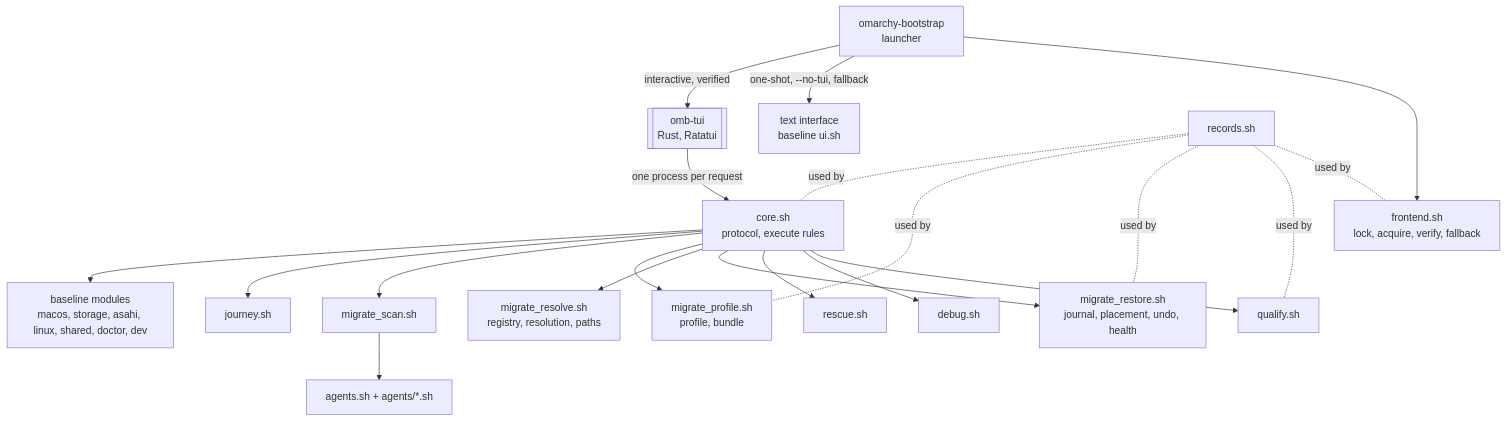
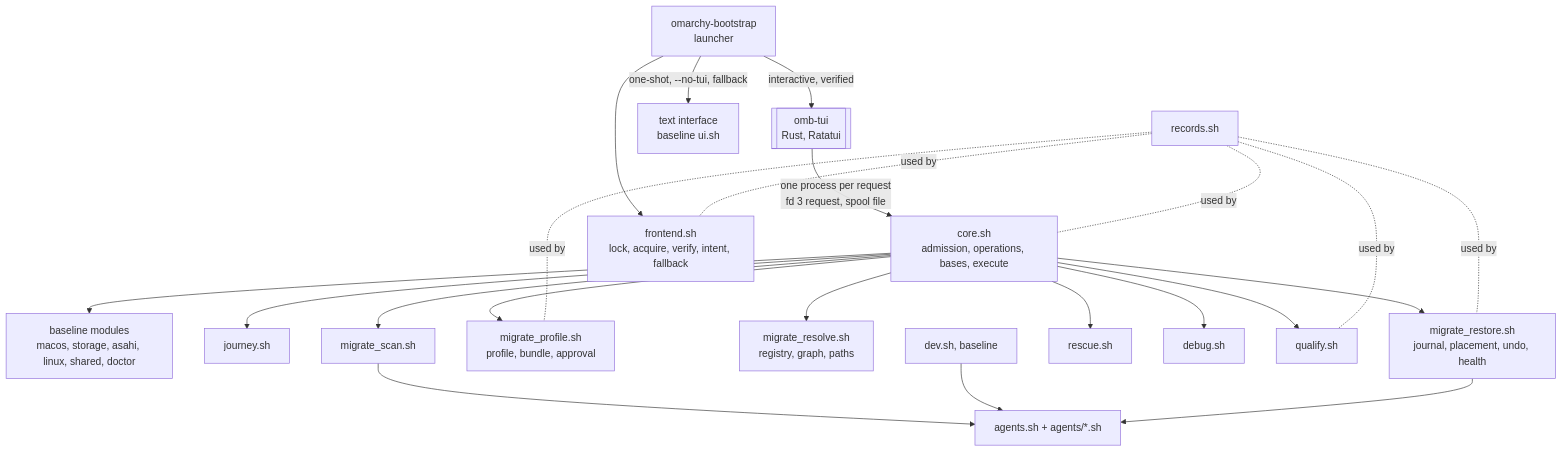
The second of 2 diagrams in docs/ARCHITECTURE.md (scalinity/omarchy-mac-bootstrap), drawn with Mermaid before and after one commit. The commit also changed other lines of this file and 7 other files, not shown here.

````diff
--- a/docs/ARCHITECTURE.md
+++ b/docs/ARCHITECTURE.md
@@ -146,17 +147,19 @@
 ```mermaid
 flowchart TD
     E[omarchy-bootstrap<br/>launcher] -->|interactive, verified| FE[[omb-tui<br/>Rust, Ratatui]]
     E -->|one-shot, --no-tui, fallback| T[text interface<br/>baseline ui.sh]
-    FE -->|one process per request| CO[core.sh<br/>protocol, execute rules]
-    CO --> B[baseline modules<br/>macos, storage, asahi, linux, shared, doctor, dev]
+    FE -->|one process per request<br/>fd 3 request, spool file| CO[core.sh<br/>admission, operations, bases, execute]
+    CO --> B[baseline modules<br/>macos, storage, asahi, linux, shared, doctor]
     CO --> J[journey.sh]
     CO --> MS[migrate_scan.sh] --> AG[agents.sh + agents/*.sh]
-    CO --> MP[migrate_profile.sh<br/>profile, bundle]
-    CO --> MR[migrate_resolve.sh<br/>registry, resolution, paths]
+    CO --> MP[migrate_profile.sh<br/>profile, bundle, approval]
+    CO --> MR[migrate_resolve.sh<br/>registry, graph, paths]
     CO --> RS[migrate_restore.sh<br/>journal, placement, undo, health]
     CO --> RQ[rescue.sh]
     CO --> DB[debug.sh]
     CO --> QU[qualify.sh]
-    E --> FL[frontend.sh<br/>lock, acquire, verify, fallback]
+    DV[dev.sh, baseline] --> AG
+    RS --> AG
+    E --> FL[frontend.sh<br/>lock, acquire, verify, intent, fallback]
     REC[records.sh] -.used by.- CO & MP & RS & QU & FL
 ```
````
